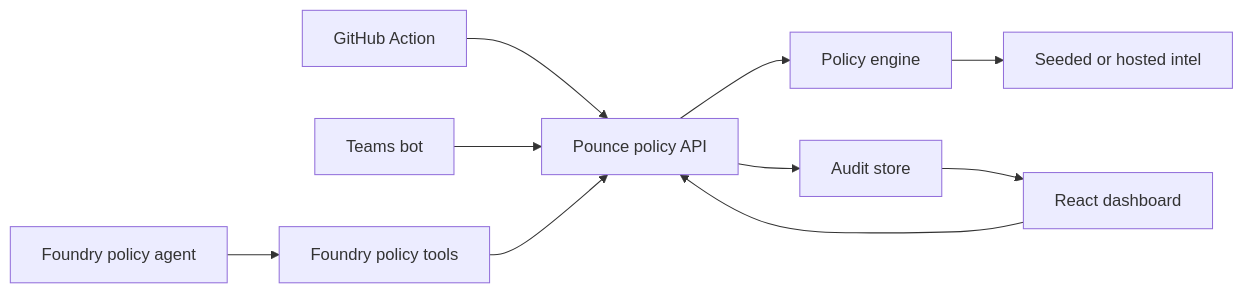
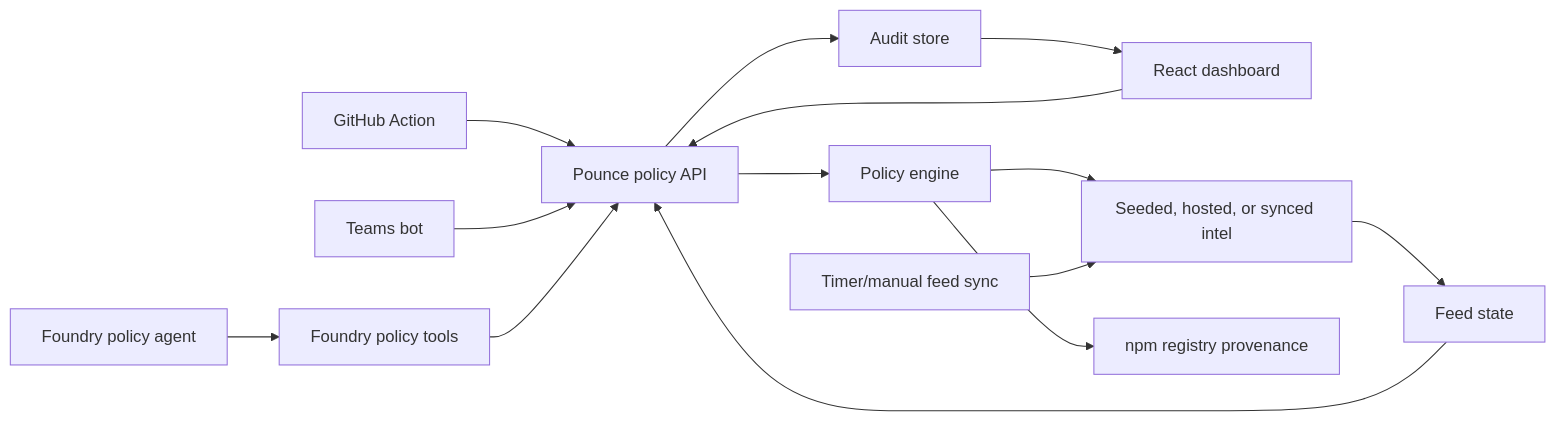
The diagram in docs/architecture.md (therajsharma/Pounce-MSFT), drawn with Mermaid before and after one commit. The commit also changed other lines of this file and 27 other files, not shown here.

Commit message:
Add real threat intel feed support

````diff
--- a/docs/architecture.md
+++ b/docs/architecture.md
@@ -16,12 +17,16 @@
 ```mermaid
 flowchart LR
   Agent["Foundry policy agent"] --> Tool["Foundry policy tools"]
   GitHub["GitHub Action"] --> API["Pounce policy API"]
   Teams["Teams bot"] --> API
   Dashboard["React dashboard"] --> API
   Tool --> API
   API --> Policy["Policy engine"]
-  Policy --> Intel["Seeded or hosted intel"]
+  Policy --> Intel["Seeded, hosted, or synced intel"]
+  Policy --> Registry["npm registry provenance"]
+  Sync["Timer/manual feed sync"] --> Intel
   API --> Audit["Audit store"]
+  Intel --> FeedState["Feed state"]
+  FeedState --> API
   Audit --> Dashboard
 ```
````
